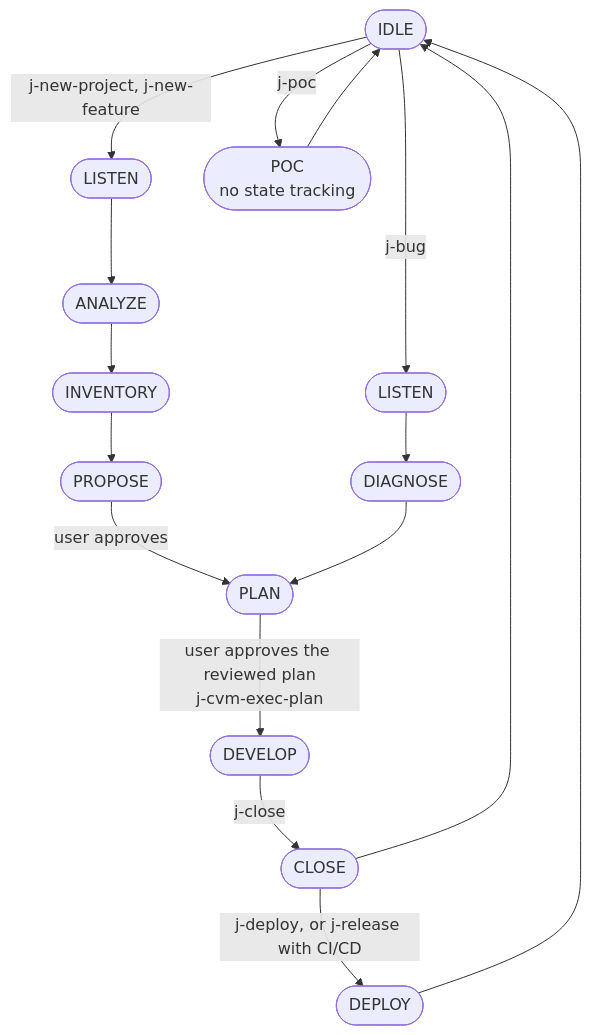
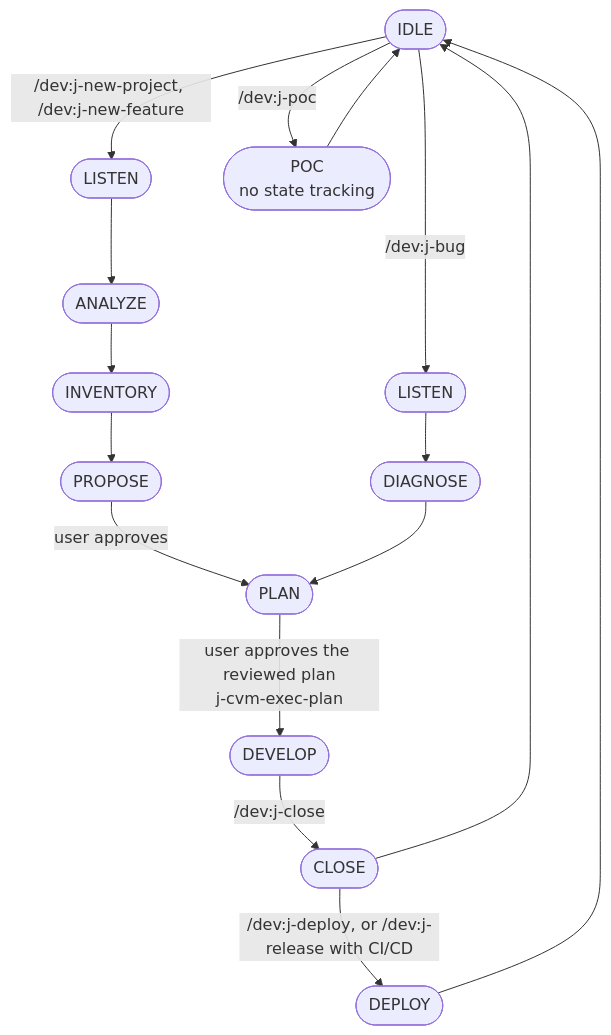
The diagram in plugins/dev/commands/mind-sets/junior.md (0ics-srls/ai-agent-plugin), drawn with Mermaid before and after one commit. The commit also changed other lines of this file and 96 other files, not shown here.

````diff
--- a/plugins/dev/commands/mind-sets/junior.md
+++ b/plugins/dev/commands/mind-sets/junior.md
@@ -16,19 +16,19 @@
 ```mermaid
 flowchart TD
     IDLE([IDLE])
-    IDLE -->|j-new-project, j-new-feature| LISTEN([LISTEN])
+    IDLE -->|/dev:j-new-project, /dev:j-new-feature| LISTEN([LISTEN])
     LISTEN --> ANALYZE([ANALYZE])
     ANALYZE --> INVENTORY([INVENTORY])
     INVENTORY --> PROPOSE([PROPOSE])
     PROPOSE -->|user approves| PLAN([PLAN])
-    IDLE -->|j-bug| BUG_LISTEN([LISTEN])
+    IDLE -->|/dev:j-bug| BUG_LISTEN([LISTEN])
     BUG_LISTEN --> DIAGNOSE([DIAGNOSE])
     DIAGNOSE --> PLAN
     PLAN -->|user approves the reviewed plan<br>j-cvm-exec-plan| DEVELOP([DEVELOP])
-    DEVELOP -->|j-close| CLOSE([CLOSE])
-    CLOSE -->|j-deploy, or j-release with CI/CD| DEPLOY([DEPLOY])
+    DEVELOP -->|/dev:j-close| CLOSE([CLOSE])
+    CLOSE -->|/dev:j-deploy, or /dev:j-release with CI/CD| DEPLOY([DEPLOY])
     CLOSE --> IDLE
     DEPLOY --> IDLE
-    IDLE -->|j-poc| POC([POC<br>no state tracking])
+    IDLE -->|/dev:j-poc| POC([POC<br>no state tracking])
     POC --> IDLE
 ```
````
